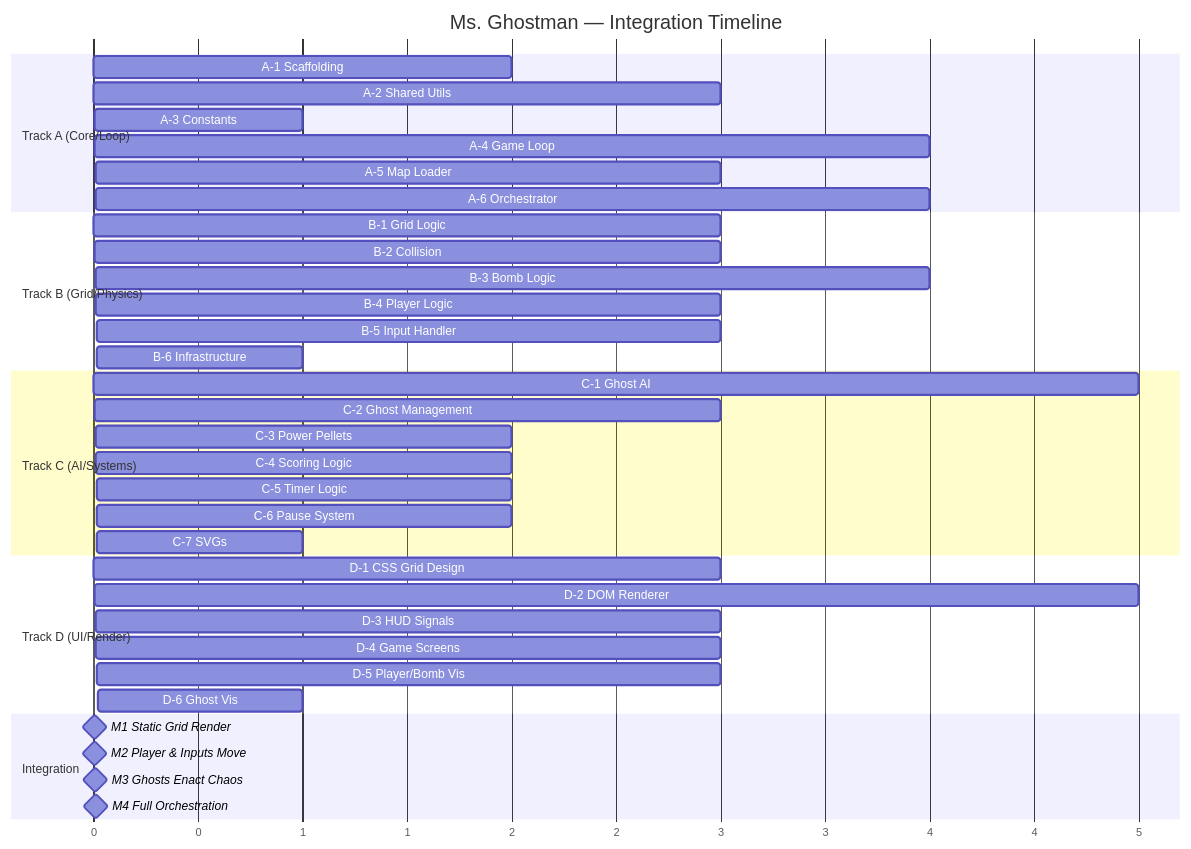
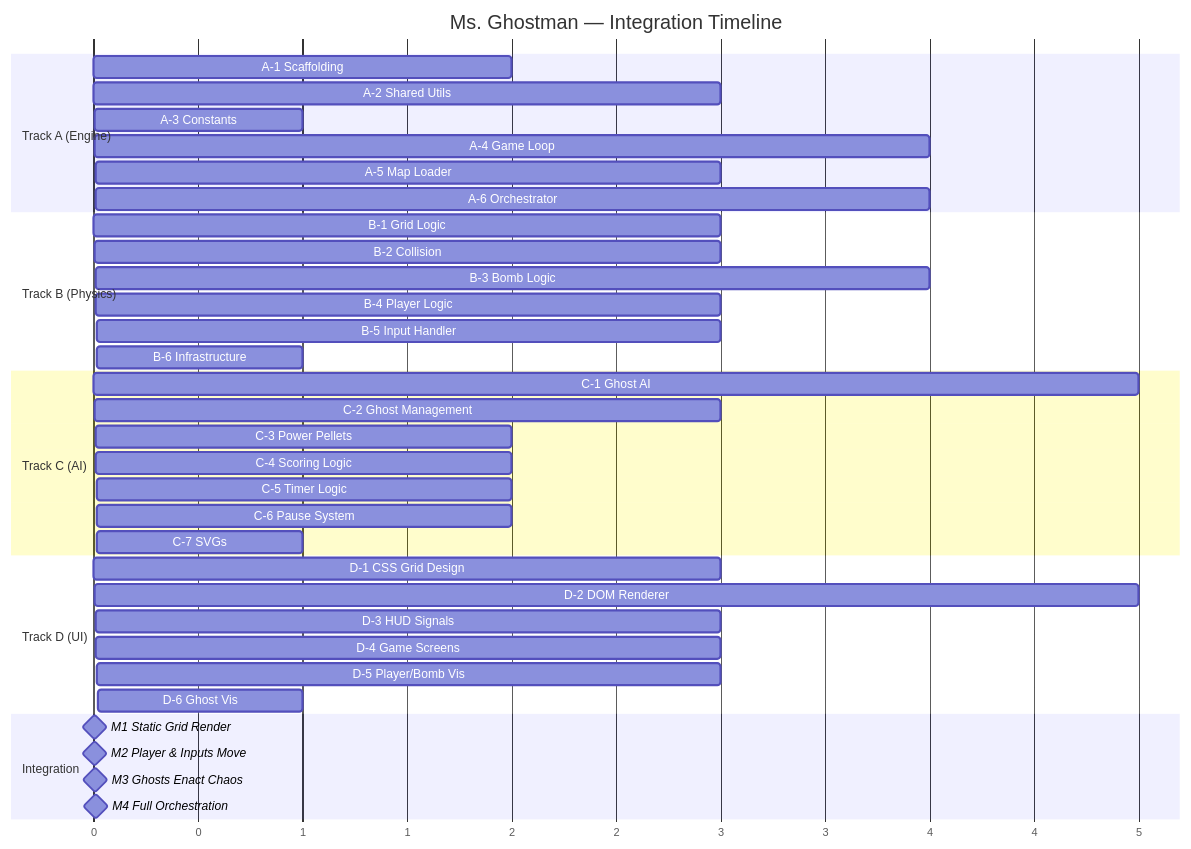
Before and after one commit to ertval/make-your-game: the second of 2 diagrams in docs/implementation-plan.md, drawn with Mermaid. The commit also changed other lines of this file, not shown here.

````diff
--- a/docs/implementation-plan.md
+++ b/docs/implementation-plan.md
@@ -414,45 +655,45 @@
 ```mermaid
 gantt
     title Ms. Ghostman — Integration Timeline
     dateFormat  X
     axisFormat %s
 
-    section Track A (Core/Loop)
+    section Track A (Engine)
     A-1 Scaffolding         :a1, 0, 2
     A-2 Shared Utils        :a2, 2, 3
     A-3 Constants           :a3, 5, 1
     A-4 Game Loop           :a4, 6, 4
     A-5 Map Loader          :a5, 10, 3
     A-6 Orchestrator        :a6, 13, 4
 
-    section Track B (Grid/Physics)
+    section Track B (Physics)
     B-1 Grid Logic          :b1, 2, 3
     B-2 Collision           :b2, 5, 3
     B-3 Bomb Logic          :b3, 8, 4
     B-4 Player Logic        :b4, 12, 3
     B-5 Input Handler       :b5, 15, 3
     B-6 Infrastructure      :b6, 18, 1
 
-    section Track C (AI/Systems)
+    section Track C (AI)
     C-1 Ghost AI            :c1, 2, 5
     C-2 Ghost Management    :c2, 7, 3
     C-3 Power Pellets       :c3, 10, 2
     C-4 Scoring Logic       :c4, 12, 2
     C-5 Timer Logic         :c5, 14, 2
     C-6 Pause System        :c6, 16, 2
     C-7 SVGs                :c7, 18, 1
 
-    section Track D (UI/Render)
+    section Track D (UI)
     D-1 CSS Grid Design     :d1, 2, 3
     D-2 DOM Renderer        :d2, 5, 5
     D-3 HUD Signals         :d3, 10, 3
     D-4 Game Screens        :d4, 13, 3
     D-5 Player/Bomb Vis     :d5, 16, 3
     D-6 Ghost Vis           :d6, 19, 1
 
     section Integration
     M1 Static Grid Render   :milestone, m1, 10, 0
     M2 Player & Inputs Move :milestone, m2, 13, 0
     M3 Ghosts Enact Chaos   :milestone, m3, 16, 0
     M4 Full Orchestration   :milestone, m4, 19, 0
 ```
````
